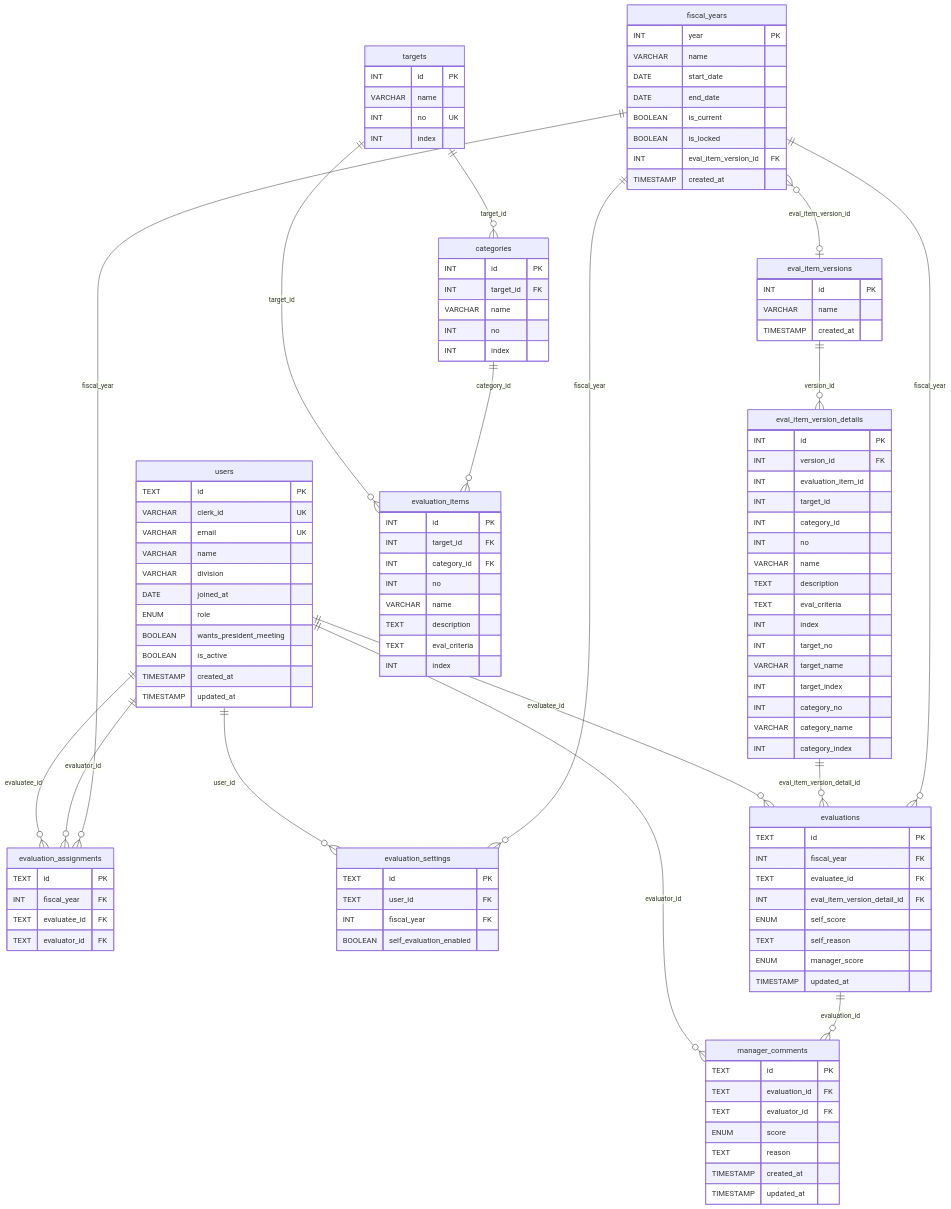
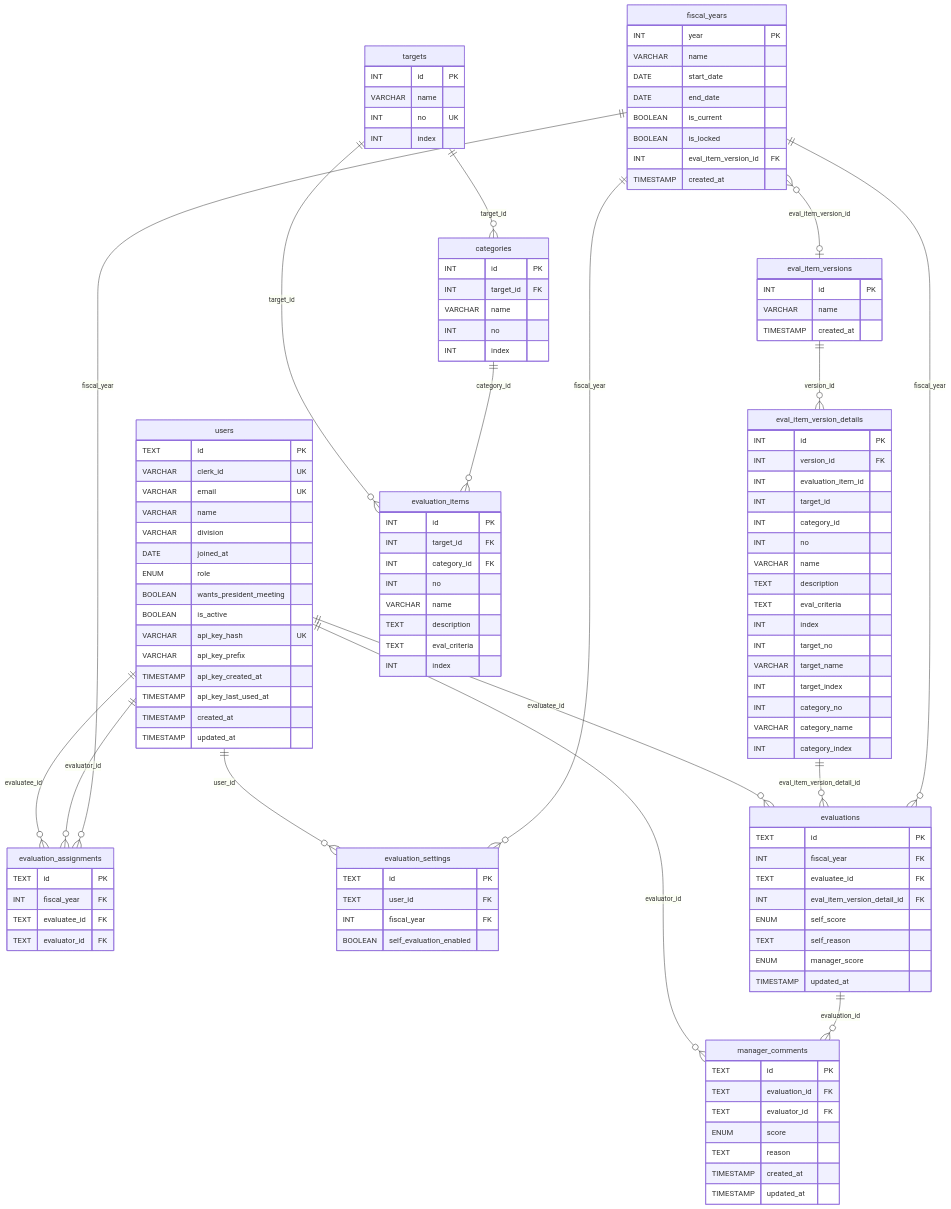
One commit to ot-nemoto/eval-hub changed the diagram in docs/schema.md. Above: the diagram before and after it, drawn with Mermaid. The commit also changed other lines of this file and 13 other files, not shown here.

```diff
--- a/docs/schema.md
+++ b/docs/schema.md
@@ -23,6 +23,10 @@
         ENUM role
         BOOLEAN wants_president_meeting
         BOOLEAN is_active
+        VARCHAR api_key_hash UK
+        VARCHAR api_key_prefix
+        TIMESTAMP api_key_created_at
+        TIMESTAMP api_key_last_used_at
         TIMESTAMP created_at
         TIMESTAMP updated_at
     }
```
